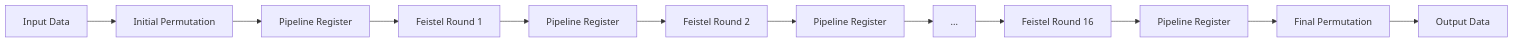
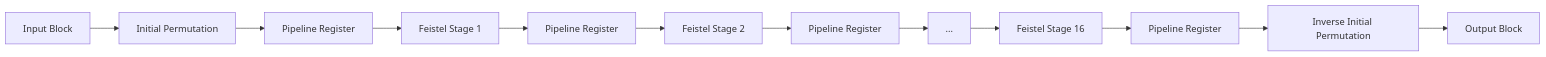
Before and after one commit to NhatHuyUIT/3DES_168bit_Hardware: the third of 3 diagrams in README.md, drawn with Mermaid. The commit also changed other lines of this file, not shown here.

````diff
--- a/README.md
+++ b/README.md
@@ -159,18 +207,18 @@
 ```mermaid
 flowchart LR
-    IN[Input Data] --> IP[Initial Permutation]
+    IN[Input Block] --> IP[Initial Permutation]
     IP --> REG0[Pipeline Register]
 
-    REG0 --> R1[Feistel Round 1]
+    REG0 --> R1[Feistel Stage 1]
     R1 --> REG1[Pipeline Register]
 
-    REG1 --> R2[Feistel Round 2]
+    REG1 --> R2[Feistel Stage 2]
     R2 --> REG2[Pipeline Register]
 
     REG2 --> DOTS[...]
-    DOTS --> R16[Feistel Round 16]
+    DOTS --> R16[Feistel Stage 16]
 
     R16 --> REG16[Pipeline Register]
-    REG16 --> FP[Final Permutation]
-    FP --> OUT[Output Data]
+    REG16 --> FP[Inverse Initial Permutation]
+    FP --> OUT[Output Block]
 ```
````
